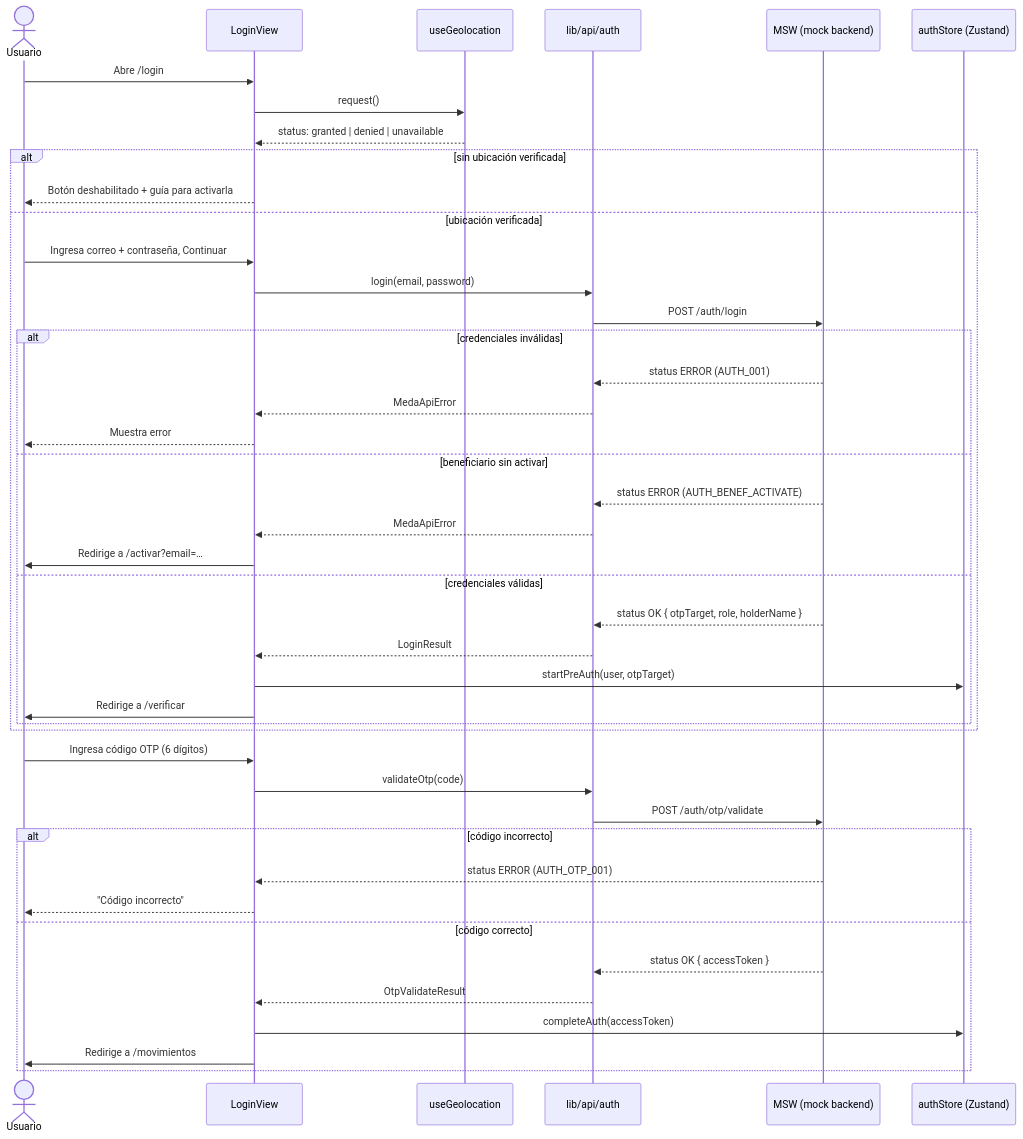
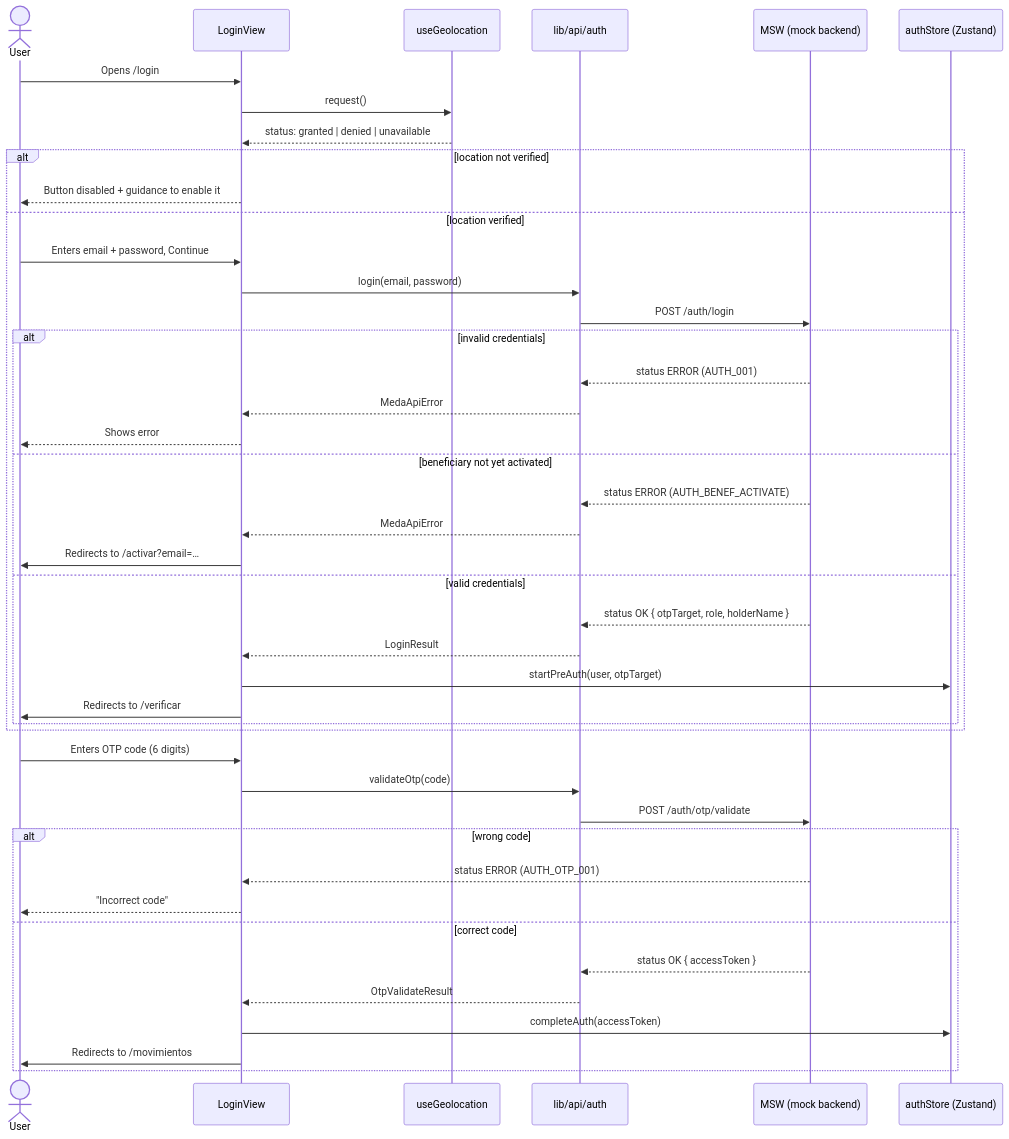
One commit to saulfrancoMeda/platform-natural-person changed the first of 4 diagrams in README.md. Above: the diagram before and after it, drawn with Mermaid. The commit also changed other lines of this file, not shown here.

````diff
--- a/README.md
+++ b/README.md
@@ -342,47 +394,47 @@
 ```mermaid
 sequenceDiagram
-    actor U as Usuario
+    actor U as User
     participant UI as LoginView
     participant Geo as useGeolocation
     participant API as lib/api/auth
     participant MSW as MSW (mock backend)
     participant S as authStore (Zustand)
 
-    U->>UI: Abre /login
+    U->>UI: Opens /login
     UI->>Geo: request()
     Geo-->>UI: status: granted | denied | unavailable
-    alt sin ubicación verificada
-        UI-->>U: Botón deshabilitado + guía para activarla
-    else ubicación verificada
-        U->>UI: Ingresa correo + contraseña, Continuar
+    alt location not verified
+        UI-->>U: Button disabled + guidance to enable it
+    else location verified
+        U->>UI: Enters email + password, Continue
         UI->>API: login(email, password)
         API->>MSW: POST /auth/login
-        alt credenciales inválidas
+        alt invalid credentials
             MSW-->>API: status ERROR (AUTH_001)
             API-->>UI: MedaApiError
-            UI-->>U: Muestra error
-        else beneficiario sin activar
+            UI-->>U: Shows error
+        else beneficiary not yet activated
             MSW-->>API: status ERROR (AUTH_BENEF_ACTIVATE)
             API-->>UI: MedaApiError
-            UI->>U: Redirige a /activar?email=…
-        else credenciales válidas
+            UI->>U: Redirects to /activar?email=…
+        else valid credentials
             MSW-->>API: status OK { otpTarget, role, holderName }
             API-->>UI: LoginResult
             UI->>S: startPreAuth(user, otpTarget)
-            UI->>U: Redirige a /verificar
+            UI->>U: Redirects to /verificar
         end
     end
 
-    U->>UI: Ingresa código OTP (6 dígitos)
+    U->>UI: Enters OTP code (6 digits)
     UI->>API: validateOtp(code)
     API->>MSW: POST /auth/otp/validate
-    alt código incorrecto
+    alt wrong code
         MSW-->>UI: status ERROR (AUTH_OTP_001)
-        UI-->>U: "Código incorrecto"
-    else código correcto
+        UI-->>U: "Incorrect code"
+    else correct code
         MSW-->>API: status OK { accessToken }
         API-->>UI: OtpValidateResult
         UI->>S: completeAuth(accessToken)
-        UI->>U: Redirige a /movimientos
+        UI->>U: Redirects to /movimientos
     end
 ```
````
